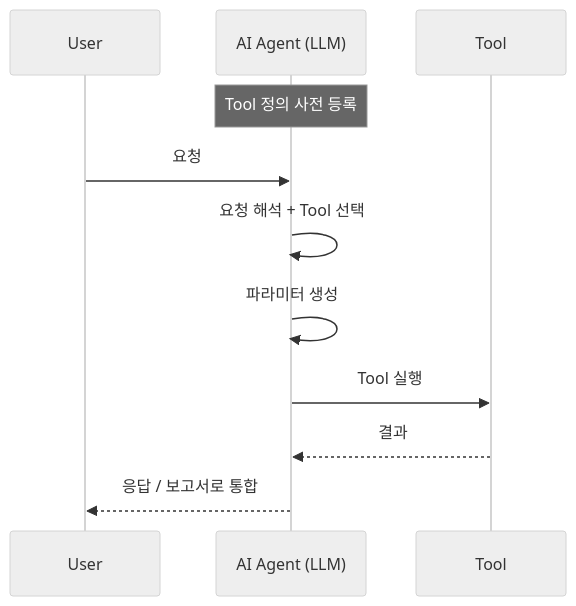
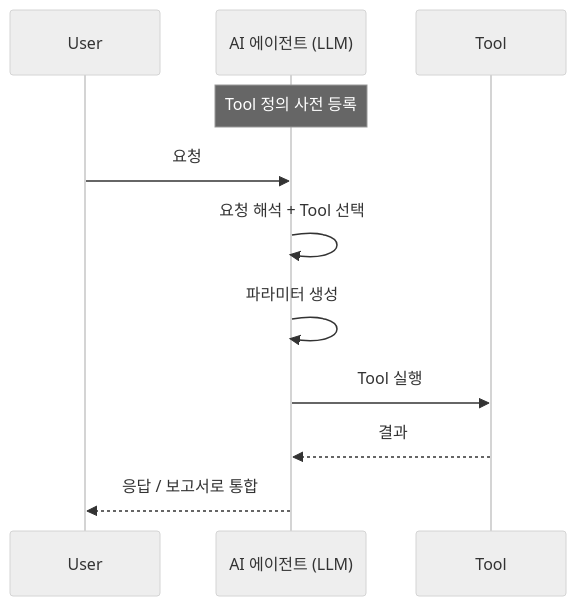
The second of 9 diagrams in docs/mobile-audit-mcp-origin/source.md (koalav/present-anyything), drawn with Mermaid (neutral theme) before and after one commit. The commit also changed other lines of this file and 26 other files, not shown here.

````diff
--- a/docs/mobile-audit-mcp-origin/source.md
+++ b/docs/mobile-audit-mcp-origin/source.md
@@ -91,14 +91,14 @@
 ```mermaid
 sequenceDiagram
     participant U as User
-    participant A as AI Agent (LLM)
+    participant A as AI 에이전트 (LLM)
     participant T as Tool
 
     Note over A: Tool 정의 사전 등록
     U->>A: 요청
     A->>A: 요청 해석 + Tool 선택
     A->>A: 파라미터 생성
     A->>T: Tool 실행
     T-->>A: 결과
     A-->>U: 응답 / 보고서로 통합
 ```
````
